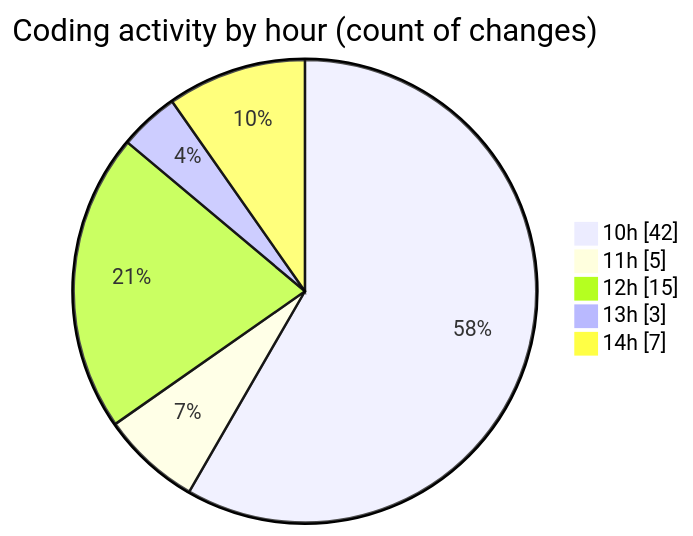
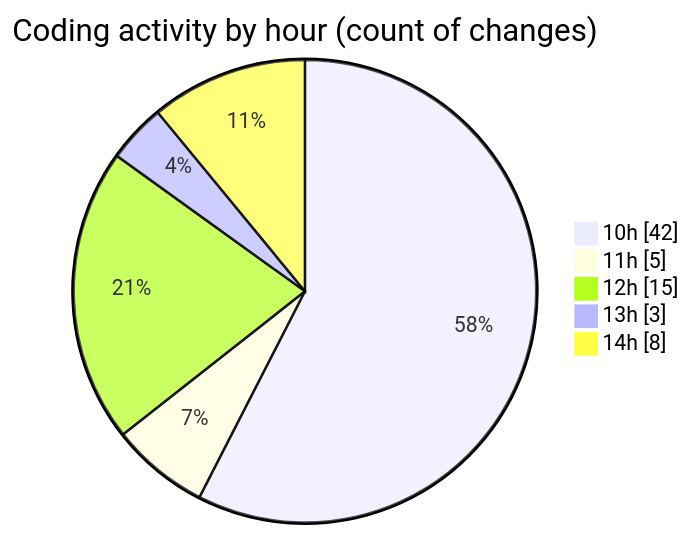
One commit to nxtqubesakshisongat/code-tracking changed the second of 2 diagrams in 2025-08-04/nxtqube_webapp/README.md. Above: the diagram before and after it, drawn with Mermaid. The commit also changed other lines of this file and 1 other file, not shown here.

````diff
--- a/2025-08-04/nxtqube_webapp/README.md
+++ b/2025-08-04/nxtqube_webapp/README.md
@@ -34,9 +34,9 @@
 ```mermaid
 pie showData
 title Coding activity by hour (count of changes)
 "10h" : 42
 "11h" : 5
 "12h" : 15
 "13h" : 3
-"14h" : 7
+"14h" : 8
 ```
````
